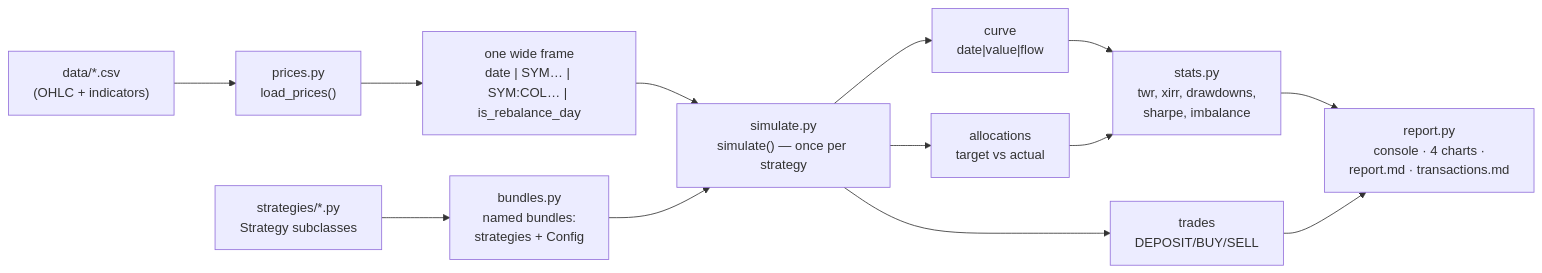
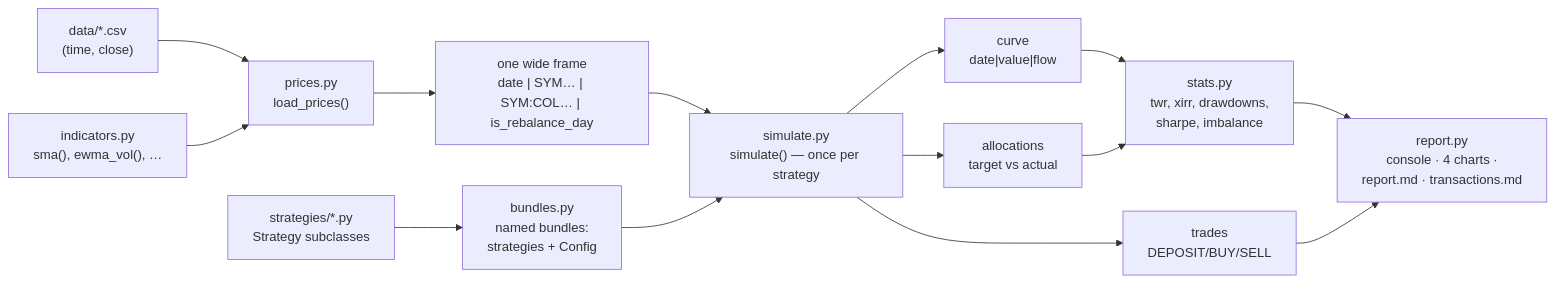
One commit to vlaas/balancing_portfolio changed the diagram in docs/ARCHITECTURE.md. Above: the diagram before and after it, drawn with Mermaid. The commit also changed other lines of this file and 13 other files, not shown here.

````diff
--- a/docs/ARCHITECTURE.md
+++ b/docs/ARCHITECTURE.md
@@ -18,15 +18,16 @@
 ```mermaid
 flowchart LR
-    CSV["data/*.csv<br/>(OHLC + indicators)"] --> P["prices.py<br/>load_prices()"]
+    CSV["data/*.csv<br/>(time, close)"] --> P["prices.py<br/>load_prices()"]
+    I["indicators.py<br/>sma(), ewma_vol(), …"] --> P
     P --> W["one wide frame<br/>date | SYM… | SYM:COL… | is_rebalance_day"]
     W --> E["simulate.py<br/>simulate() — once per strategy"]
     S["strategies/*.py<br/>Strategy subclasses"] --> B["bundles.py<br/>named bundles:<br/>strategies + Config"]
     B --> E
     E --> C["curve<br/>date|value|flow"]
     E --> T["trades<br/>DEPOSIT/BUY/SELL"]
     E --> A["allocations<br/>target vs actual"]
     C --> ST["stats.py<br/>twr, xirr, drawdowns,<br/>sharpe, imbalance"]
     A --> ST
     ST --> R["report.py<br/>console · 4 charts ·<br/>report.md · transactions.md"]
     T --> R
 ```
````
